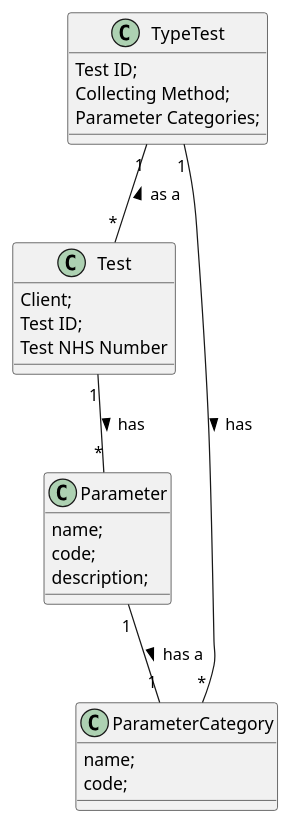
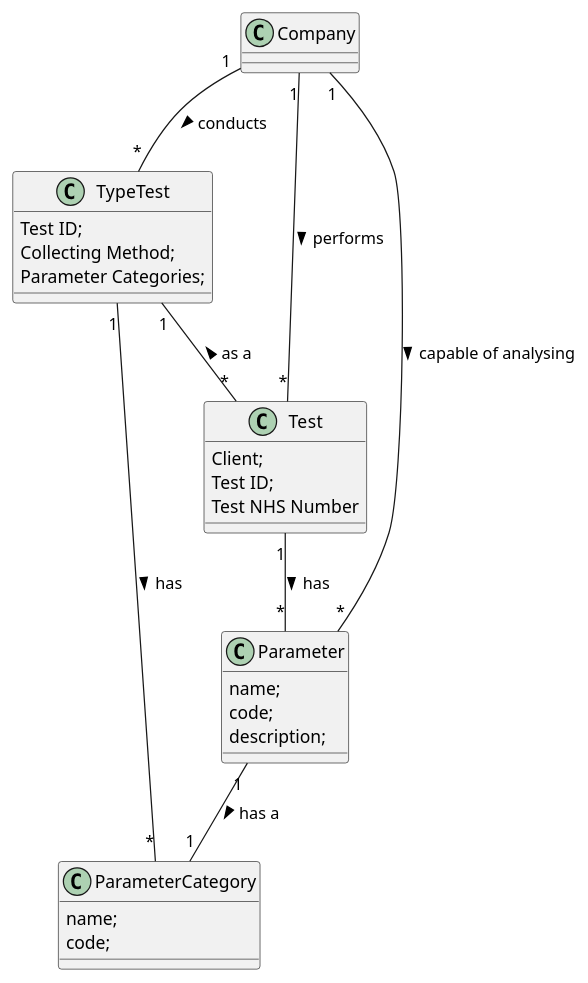
One commit to MarianaCLages/LAPR2 changed the diagram in docs/SprintC/US04/US4_MD.puml. Above: the diagram before and after it, drawn with PlantUML. The commit also changed 4 other files, not shown here.

```diff
--- a/docs/SprintC/US04/US4_MD.puml
+++ b/docs/SprintC/US04/US4_MD.puml
@@ -1,30 +1,32 @@
 @startuml
 
 class Test{
 Client;
 Test ID;
 Test NHS Number
 }
 class TypeTest{
 Test ID;
 Collecting Method;
 Parameter Categories;
 }
 
 class Parameter{
 name;
 code;
 description;
 }
 class ParameterCategory{
 name;
 code;
 }
 
-
+Company "1" -- "*" Parameter: capable of analysing >
+Company "1" -- "*" Test: performs >
+Company "1" -- "*" TypeTest: conducts >
 Parameter "1" -- "1" ParameterCategory : has a >
 Test "1" -- "*" Parameter : has >
 TypeTest "1" -- "*" Test : as a <
 TypeTest "1" -- "*" ParameterCategory : has >
 
 @enduml
```
